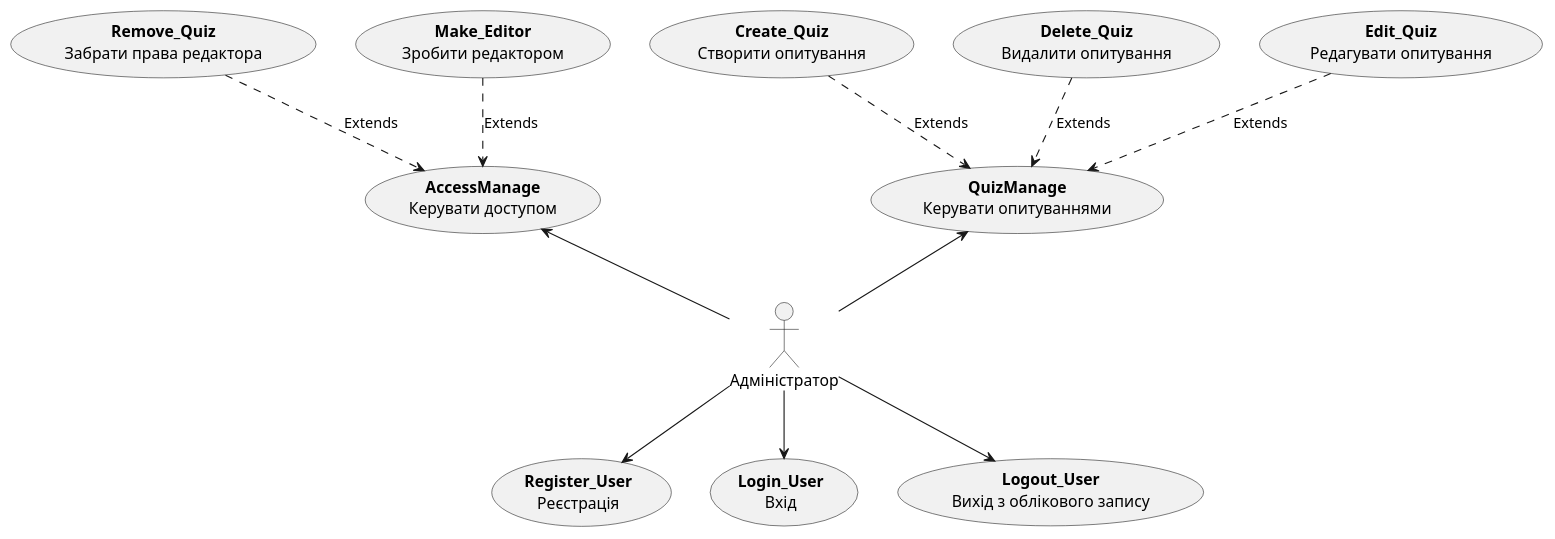
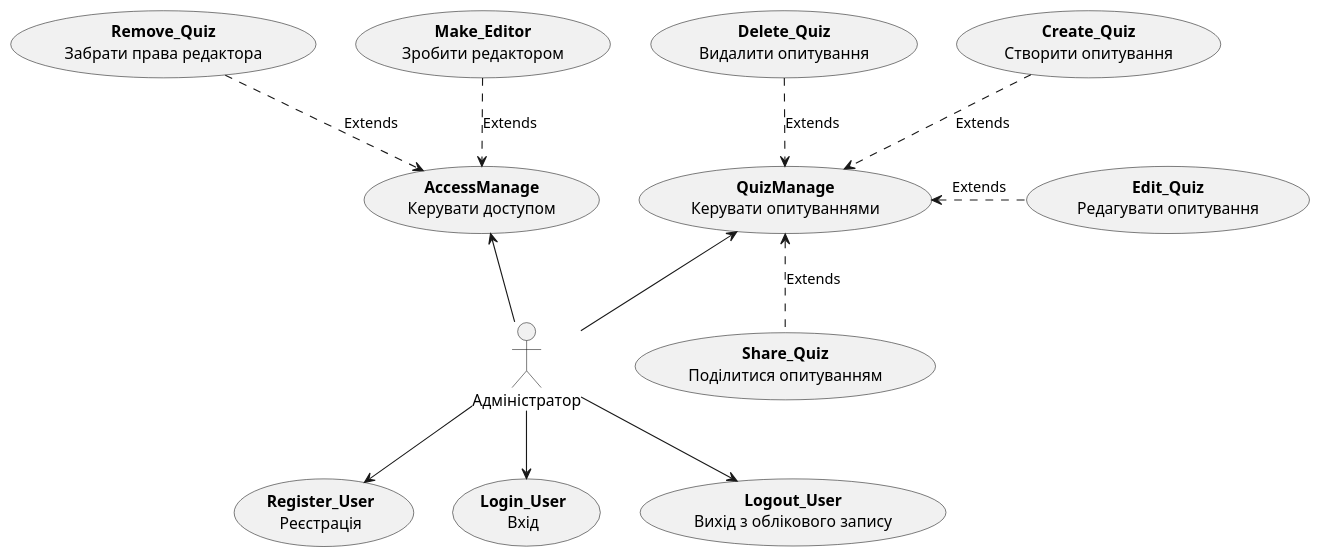
One commit to edu-db/edu_db_labs changed the second of 4 diagrams in docs/use cases/README.md. Above: the diagram before and after it, drawn with PlantUML. The commit also changed other lines of this file, not shown here.

```diff
--- a/docs/use cases/README.md
+++ b/docs/use cases/README.md
@@ -54,27 +54,29 @@
 @startuml
 
     actor "Адміністратор" as Admin
     
     usecase "<b>Register_User</b>\nРеєстрація" as Register
     usecase "<b>Login_User</b>\nВхід" as Login
     usecase "<b>Logout_User</b>\nВихід з облікового запису" as Logout
     usecase "<b>QuizManage</b>\nКерувати опитуваннями" as QuizManage
     usecase "<b>AccessManage</b>\nКерувати доступом" as AccessManage
     usecase "<b>Create_Quiz</b>\nСтворити опитування" as Create
     usecase "<b>Edit_Quiz</b>\nРедагувати опитування" as Edit
     usecase "<b>Delete_Quiz</b>\nВидалити опитування" as Delete
+    usecase "<b>Share_Quiz</b>\nПоділитися опитуванням" as Share
     usecase "<b>Make_Editor</b>\nЗробити редактором" as MakeEditor
     usecase "<b>Remove_Quiz</b>\nЗабрати права редактора" as RemoveEditor
     
     Admin -d-> Register
     Admin -d-> Login
     Admin -d-> Logout
     Admin -u-> QuizManage
     Admin -u-> AccessManage
     QuizManage <.u. Create : Extends
-    QuizManage <.u. Edit : Extends
+    QuizManage <.r. Edit : Extends
     QuizManage <.u. Delete : Extends
+    QuizManage <.d. Share : Extends
     AccessManage <.u. MakeEditor : Extends
     AccessManage <.u. RemoveEditor : Extends
 
 @enduml
```
